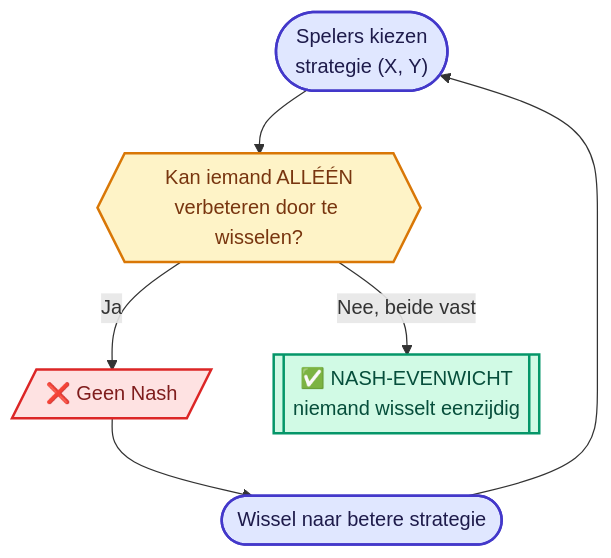
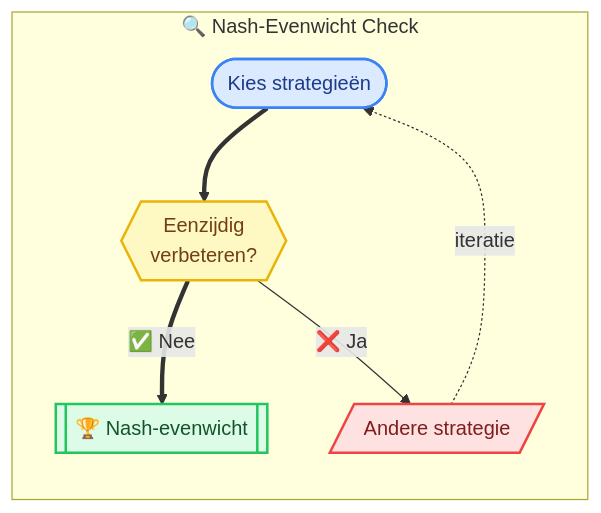
Before and after one commit to ateknol/HAVO-Economie-examen: the third of 23 diagrams in Volledige_Samenvatting_H1_H2.md, drawn with Mermaid. The commit also changed other lines of this file and 6 other files, not shown here.

````diff
--- a/Volledige_Samenvatting_H1_H2.md
+++ b/Volledige_Samenvatting_H1_H2.md
@@ -181,24 +184,18 @@
 ```mermaid
 flowchart TD
-    Start(["Spelers kiezen<br/>strategie (X, Y)"])
-    Vraag{{"Kan iemand ALLÉÉN<br/>verbeteren door te wisselen?"}}
-    Wissel(["Wissel naar betere strategie"])
-    Geen[/"❌ Geen Nash"/]
-    Nash[["✅ NASH-EVENWICHT<br/>niemand wisselt eenzijdig"]]
-
-    Start --> Vraag
-    Vraag -->|"Ja"| Geen
-    Geen --> Wissel
-    Wissel --> Start
-    Vraag -->|"Nee, beide vast"| Nash
-
-    classDef proces fill:#e0e7ff,stroke:#4338ca,stroke-width:2px,color:#1e1b4b
-    classDef vraag fill:#fef3c7,stroke:#d97706,stroke-width:2px,color:#78350f
-    classDef fout fill:#fee2e2,stroke:#dc2626,stroke-width:2px,color:#7f1d1d
-    classDef goed fill:#d1fae5,stroke:#059669,stroke-width:2px,color:#064e3b
-
-    class Start,Wissel proces
-    class Vraag vraag
-    class Geen fout
-    class Nash goed
+    subgraph Nash_Check["🔍 Nash-Evenwicht Check"]
+        direction TB
+        N_Start(["Kies strategieën"]) ==> N_Vraag{{"Eenzijdig<br/>verbeteren?"}}
+        N_Vraag ==>|"✅ Nee"| N_Uitk[["🏆 Nash-evenwicht"]]
+        N_Vraag -->|"❌ Ja"| N_Wissel[/"Andere strategie"/]
+        N_Wissel -.->|"iteratie"| N_Start
+    end
+    classDef besluit fill:#fef9c3,stroke:#eab308,stroke-width:2px,color:#713f12
+    classDef succes fill:#dcfce7,stroke:#22c55e,stroke-width:2px,color:#14532d
+    classDef falen fill:#fee2e2,stroke:#ef4444,stroke-width:2px,color:#7f1d1d
+    classDef markt fill:#dbeafe,stroke:#3b82f6,stroke-width:2px,color:#1e3a8a
+    class N_Vraag besluit
+    class N_Uitk succes
+    class N_Wissel falen
+    class N_Start markt
 ```
````
